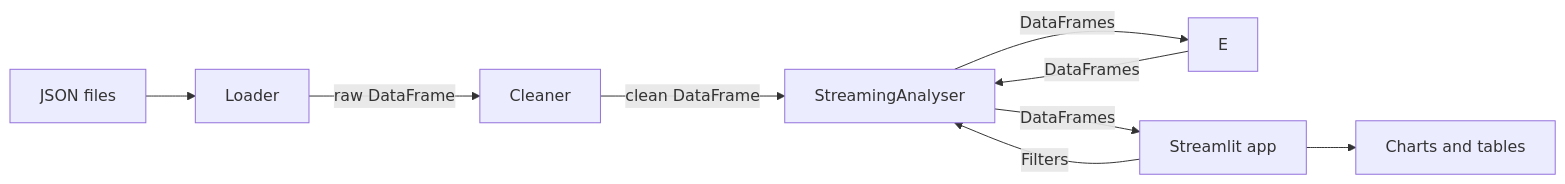
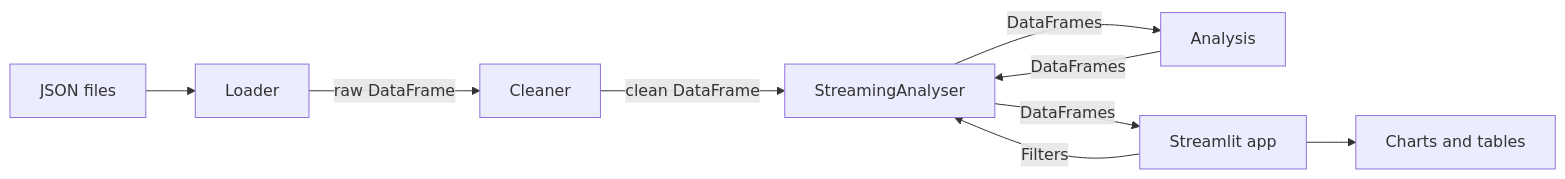
The diagram in README.md (OliverJCox/Spotify_Data_Analyser), drawn with Mermaid before and after one commit.

Commit message:
Update README to fix missing name on architecture diagram

````diff
--- a/README.md
+++ b/README.md
@@ -61,11 +61,11 @@
 ```mermaid
 flowchart LR
     A[JSON files] --> B[Loader]
     B -->|raw DataFrame| C[Cleaner]
     C -->|clean DataFrame| D[StreamingAnalyser]
     E -->|DataFrames| D
-    D -->|DataFrames| E
+    D -->|DataFrames| E[Analysis]
     D -->|DataFrames| F[Streamlit app]
     F -->|Filters| D
     F --> G[Charts and tables]
 ```
````
